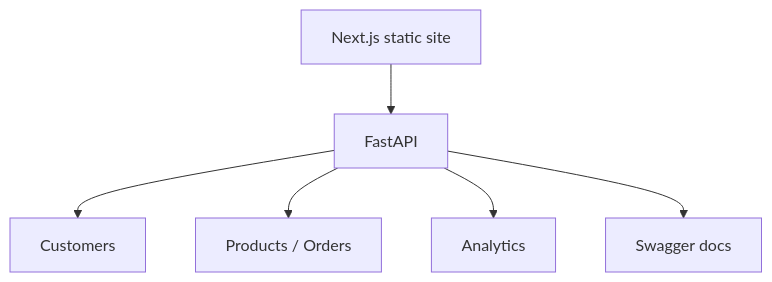
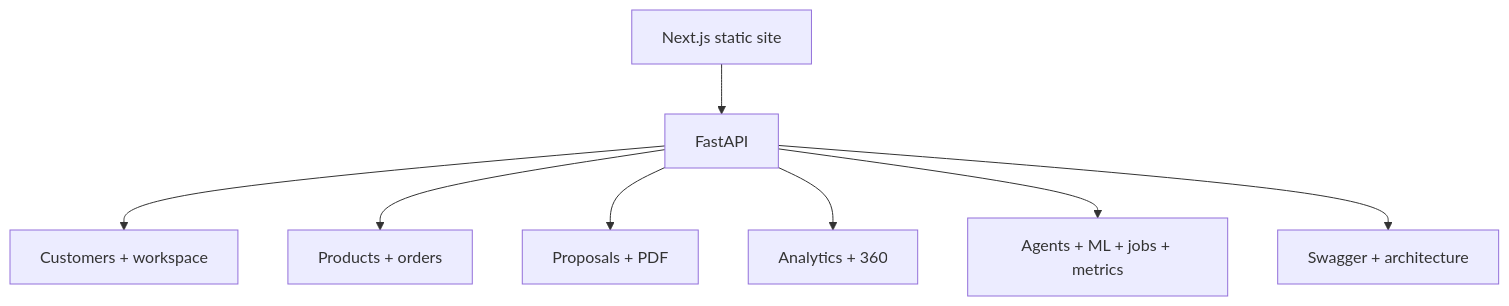
The diagram in docs/architecture/16-ai-crm-dashboard-website.md (Gags-31/HubSpot-AI-CRM), drawn with Mermaid before and after one commit. The commit also changed other lines of this file and 62 other files, not shown here.

````diff
--- a/docs/architecture/16-ai-crm-dashboard-website.md
+++ b/docs/architecture/16-ai-crm-dashboard-website.md
@@ -9,8 +9,10 @@
 ```mermaid
 flowchart TD
   W[Next.js static site] --> API[FastAPI]
-  API --> C[Customers]
-  API --> P[Products / Orders]
-  API --> A[Analytics]
-  API --> DOCS[Swagger docs]
+  API --> C[Customers + workspace]
+  API --> P[Products + orders]
+  API --> PR[Proposals + PDF]
+  API --> A[Analytics + 360]
+  API --> OPS[Agents + ML + jobs + metrics]
+  API --> DOCS[Swagger + architecture]
 ```
````
